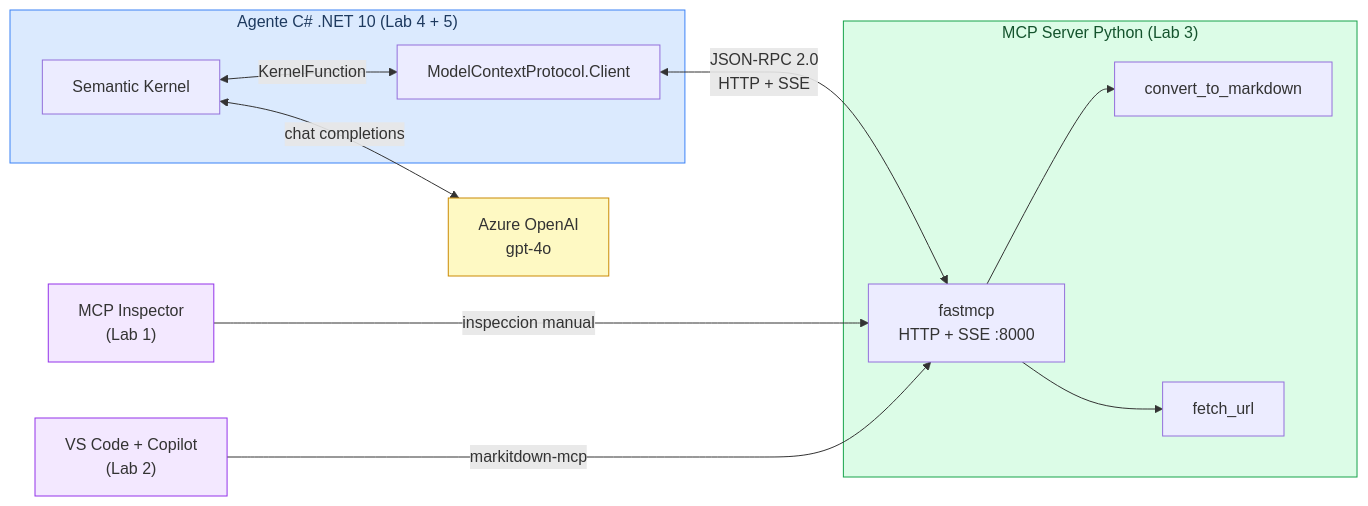
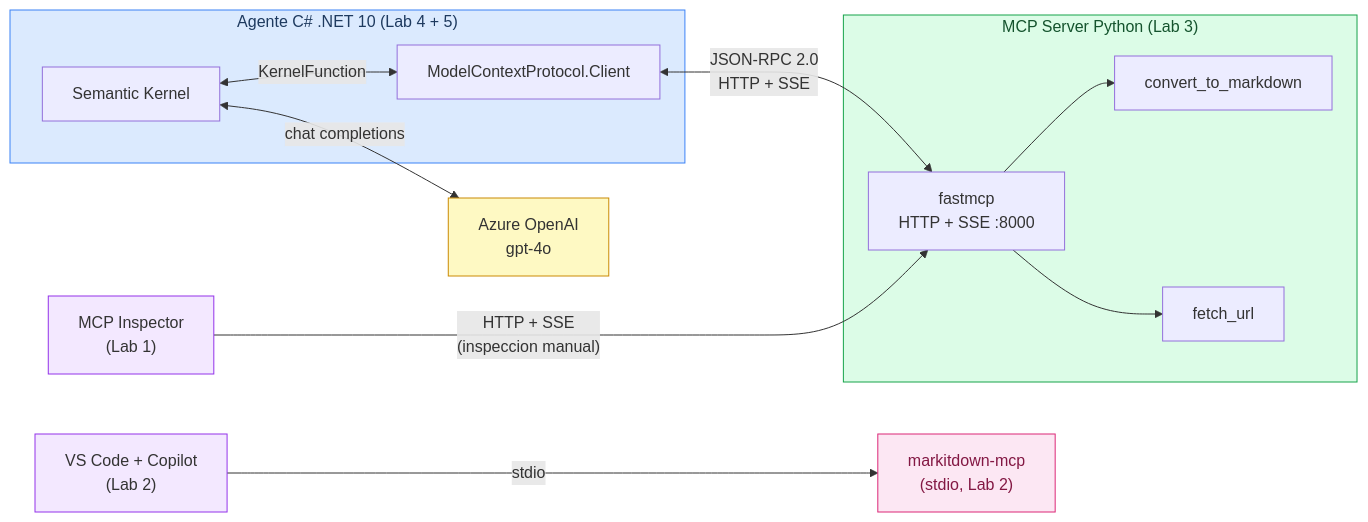
The diagram in README.md (PalonsoGRM/formacion-grm-mcp), drawn with Mermaid before and after one commit. The commit also changed 2 other files, not shown here.

Commit message:
fix: correct architecture diagram and enrich Lab 1 and Lab 3
- README.md: fix mermaid diagram - separate markitdown-mcp from Python
  server as independent nodes; VSEXT connects to MDITDOWN via stdio,
  not to the FastMCP server
- Lab 1: add 'Que ha pasado por debajo' section with stdio sequence
  diagram showing full Inspector flow; add forward reference to Lab 3
  HTTP transport
- Lab 3: full enrichment - add HTTP+SSE intro callout explaining the
  transport shift from Labs 1/2; expand Step 3 with SSE connection
  instructions (Transport=SSE, URL=http://localhost:8000/sse); add
  mermaid sequenceDiagram for HTTP+SSE flow with SSE/POST explanation;
  rewrite reflection questions with collapsible details format and
  written answers

````diff
--- a/README.md
+++ b/README.md
@@ -53,31 +53,34 @@
 ```mermaid
 graph LR
     subgraph AGENT["Agente C# .NET 10  (Lab 4 + 5)"]
         SK["Semantic Kernel"]
         MCPC["ModelContextProtocol.Client"]
         SK <-->|"KernelFunction"| MCPC
     end
 
     subgraph SERVER["MCP Server Python  (Lab 3)"]
         FM["fastmcp\nHTTP + SSE :8000"]
         T1["convert_to_markdown"]
         T2["fetch_url"]
         FM --> T1
         FM --> T2
     end
 
     AZAI["Azure OpenAI\ngpt-4o"]
     INSPECTOR["MCP Inspector\n(Lab 1)"]
     VSEXT["VS Code + Copilot\n(Lab 2)"]
 
+    MDITDOWN["markitdown-mcp\n(stdio, Lab 2)"]
+
     MCPC <-->|"JSON-RPC 2.0\nHTTP + SSE"| FM
     SK <-->|"chat completions"| AZAI
-    INSPECTOR --->|"inspeccion manual"| FM
-    VSEXT --->|"markitdown-mcp"| FM
+    INSPECTOR --->|"HTTP + SSE\n(inspeccion manual)"| FM
+    VSEXT --->|"stdio"| MDITDOWN
 
     style AGENT fill:#dbeafe,stroke:#3b82f6,color:#1e3a5f
     style SERVER fill:#dcfce7,stroke:#16a34a,color:#14532d
     style AZAI fill:#fef9c3,stroke:#ca8a04
     style INSPECTOR fill:#f3e8ff,stroke:#9333ea
     style VSEXT fill:#f3e8ff,stroke:#9333ea
+    style MDITDOWN fill:#fce7f3,stroke:#db2777,color:#831843
 ```
````
